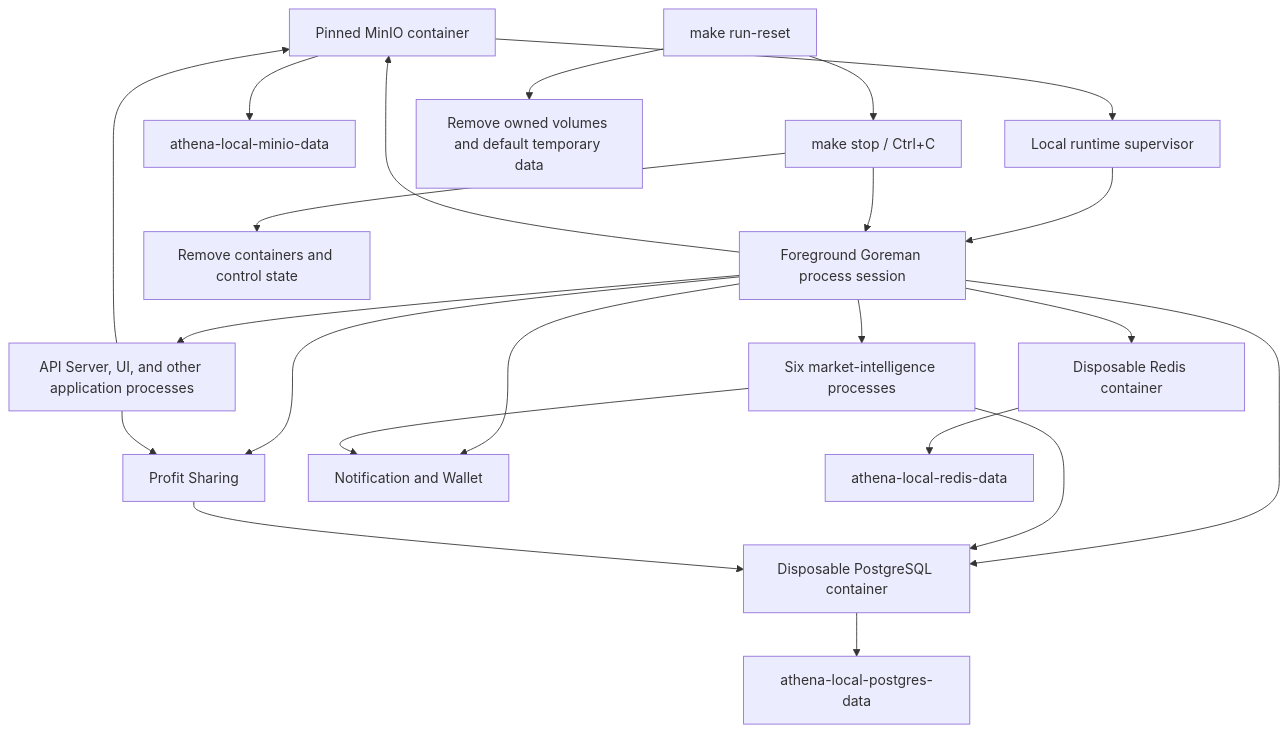
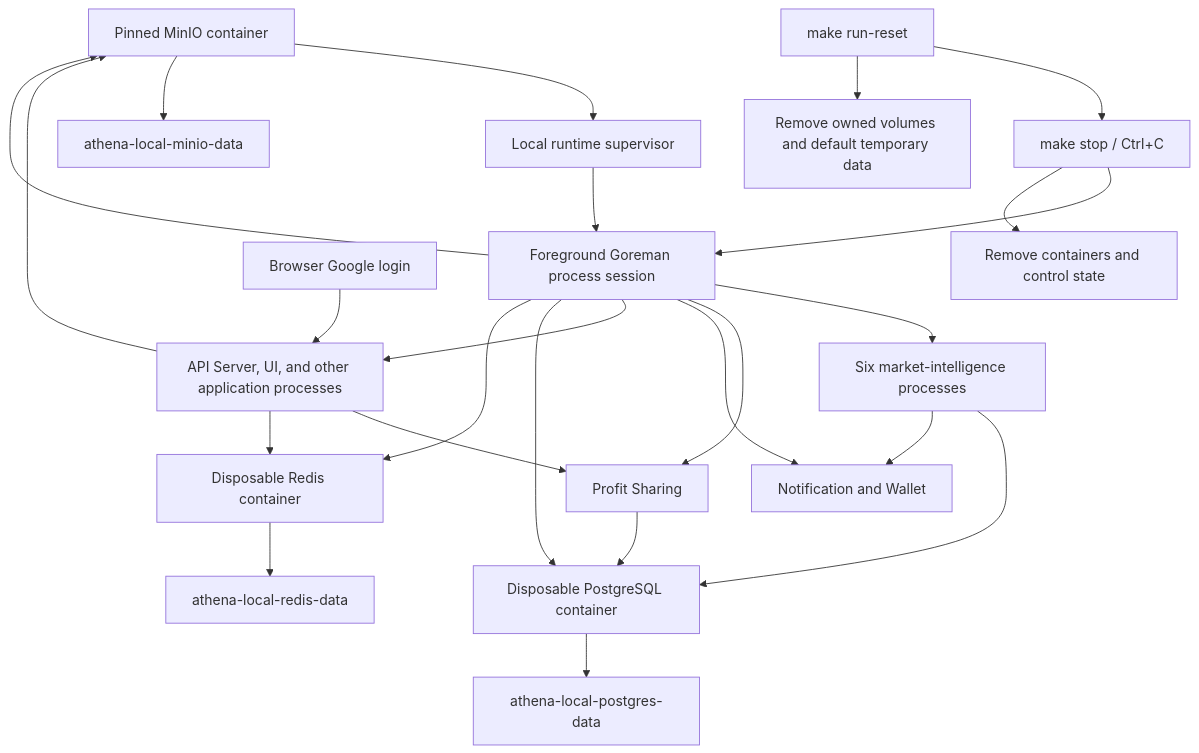
Before and after one commit to useryege/athena-o: the diagram in docs/design/development-runtime/local-runtime-orchestration.md, drawn with Mermaid. The commit also changed other lines of this file and 68 other files, not shown here.

````diff
--- a/docs/design/development-runtime/local-runtime-orchestration.md
+++ b/docs/design/development-runtime/local-runtime-orchestration.md
@@ -37,24 +42,26 @@
 ```mermaid
 flowchart TD
     M["make run"] --> L["Local runtime supervisor"]
     L --> G["Foreground Goreman process session"]
     G --> C["Six market-intelligence processes"]
     G --> F["Profit Sharing"]
     G --> N["Notification and Wallet"]
     G --> A["API Server, UI, and other application processes"]
     G --> P["Disposable PostgreSQL container"]
     G --> R["Disposable Redis container"]
     G --> M["Pinned MinIO container"]
     C --> P
     C --> N
     F --> P
     A --> F
     A --> M
+    B["Browser Google login"] --> A
+    A --> R
     P --> PV["athena-local-postgres-data"]
     R --> RV["athena-local-redis-data"]
     M --> MV["athena-local-minio-data"]
     S["make stop / Ctrl+C"] --> G
     S --> X["Remove containers and control state"]
     Z["make run-reset"] --> S
     Z --> D["Remove owned volumes and default temporary data"]
 ```
````
